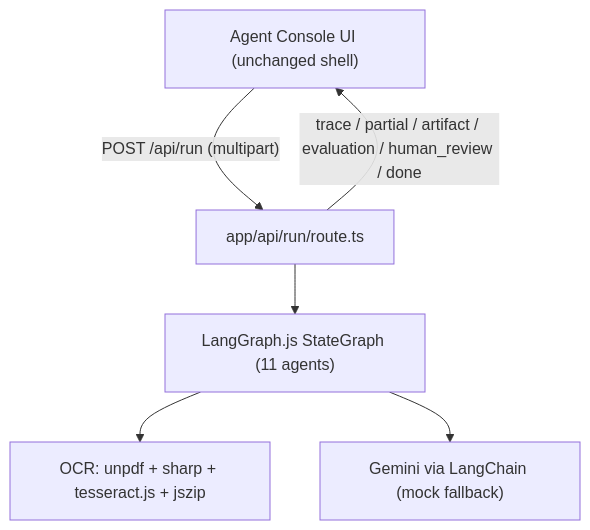
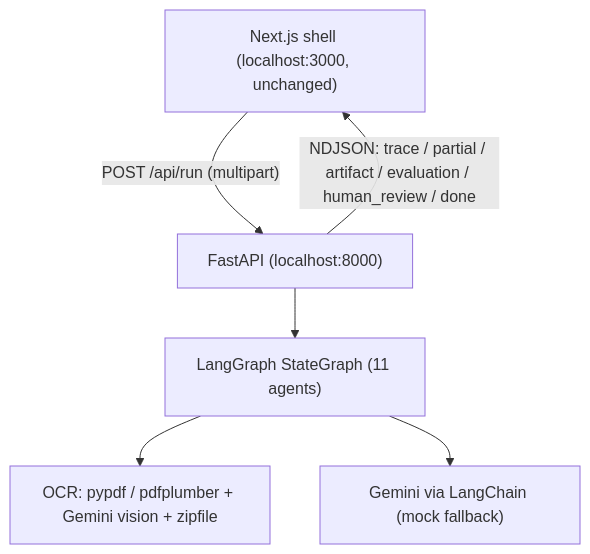
One commit to thearnabsaha/workPermit changed the diagram in docs/APPROACH.md. Above: the diagram before and after it, drawn with Mermaid. The commit also changed other lines of this file and 76 other files, not shown here.

Commit message:
Remove Docker-related files and configurations, transitioning to a Python FastAPI backend while updating environment variables and documentation for local setup. Adjust frontend to communicate with the new backend and streamline the project structure.

````diff
--- a/docs/APPROACH.md
+++ b/docs/APPROACH.md
@@ -40,8 +39,8 @@
 ```mermaid
 flowchart TD
-    UI["Agent Console UI (unchanged shell)"] -->|"POST /api/run (multipart)"| Route["app/api/run/route.ts"]
-    Route --> Graph["LangGraph.js StateGraph (11 agents)"]
-    Graph --> OCR["OCR: unpdf + sharp + tesseract.js + jszip"]
+    UI["Next.js shell (localhost:3000, unchanged)"] -->|"POST /api/run (multipart)"| API["FastAPI (localhost:8000)"]
+    API --> Graph["LangGraph StateGraph (11 agents)"]
+    Graph --> OCR["OCR: pypdf / pdfplumber + Gemini vision + zipfile"]
     Graph --> AI["Gemini via LangChain (mock fallback)"]
-    Route -->|"trace / partial / artifact / evaluation / human_review / done"| UI
+    API -->|"NDJSON: trace / partial / artifact / evaluation / human_review / done"| UI
 ```
````
